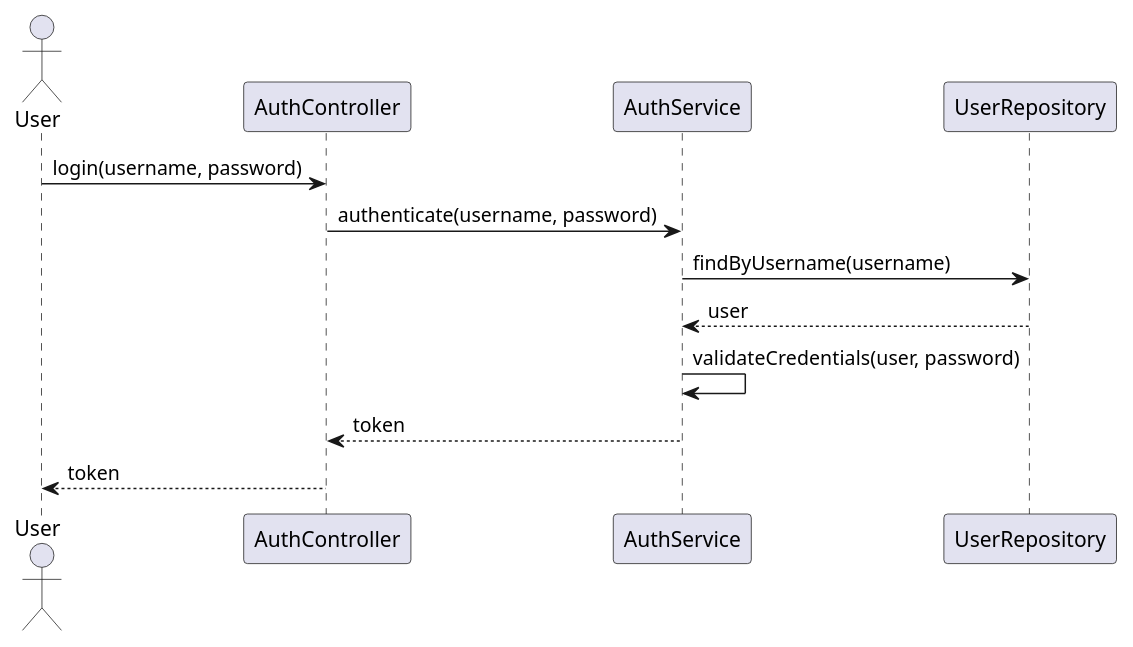
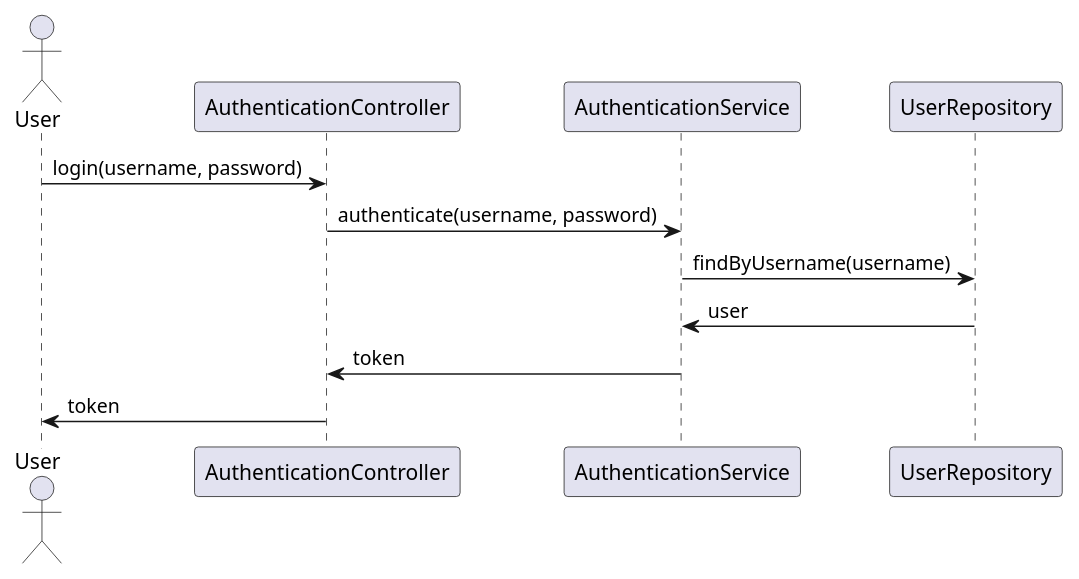
Before and after one commit to Dinesh-s95/AutoDoc.ai: the second of 4 diagrams in enrollment/documentation/detaileddesign.adoc, drawn with PlantUML. The commit also changed other lines of this file and 4 other files, not shown here.

```diff
--- a/enrollment/documentation/detaileddesign.adoc
+++ b/enrollment/documentation/detaileddesign.adoc
@@ -206,17 +204,16 @@
 [plantuml, authentication-sequence, png]
 ----
 @startuml
-actor User
-participant "AuthController" as Controller
-participant "AuthService" as Service
-participant "UserRepository" as Repository
+actor "User" as user
+participant "AuthenticationController" as authController
+participant "AuthenticationService" as authService
+participant "UserRepository" as userRepo
 
-User -> Controller : login(username, password)
-Controller -> Service : authenticate(username, password)
-Service -> Repository : findByUsername(username)
-Repository --> Service : user
-Service -> Service : validateCredentials(user, password)
-Service --> Controller : token
-Controller --> User : token
+user -> authController : login(username, password)
+authController -> authService : authenticate(username, password)
+authService -> userRepo : findByUsername(username)
+userRepo -> authService : user
+authService -> authController : token
+authController -> user : token
 @enduml
 ----
```
